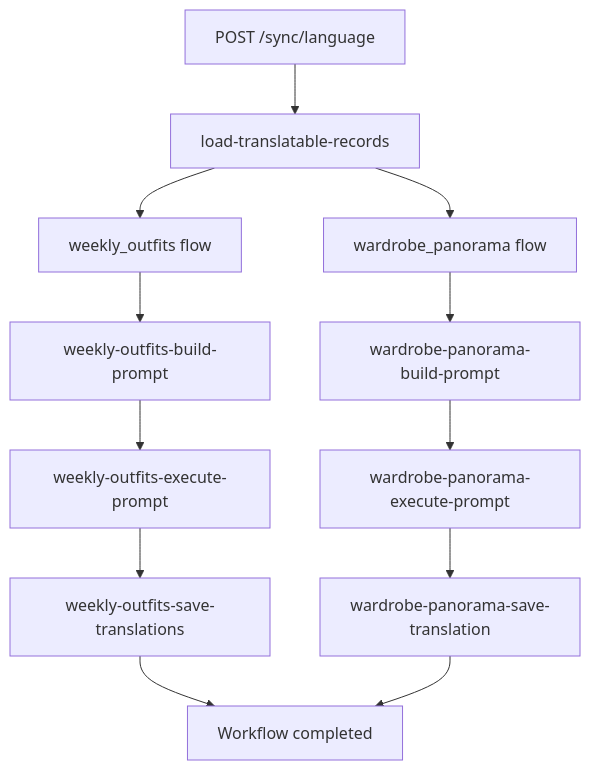
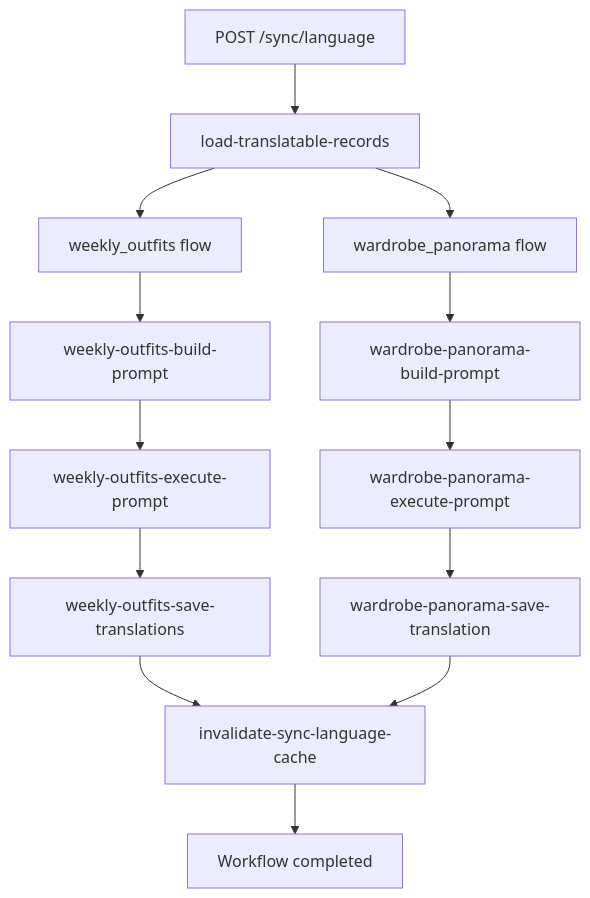
Before and after one commit to emmanuelviniciusdev/SkyDIIV--backstage: the diagram in apps/worker-sync/docs/SYNC_LANGUAGE_WORKFLOW.md, drawn with Mermaid. The commit also changed other lines of this file and 7 other files, not shown here.

Commit message:
hotfix: clears cache marker running-sync-language:${userId} (worker-sync -> sync-language)

````diff
--- a/apps/worker-sync/docs/SYNC_LANGUAGE_WORKFLOW.md
+++ b/apps/worker-sync/docs/SYNC_LANGUAGE_WORKFLOW.md
@@ -62,17 +62,19 @@
 ```mermaid
 flowchart TD
     START["POST /sync/language"] --> LOAD["load-translatable-records"]
 
     LOAD --> WO_FLOW["weekly_outfits flow"]
     WO_FLOW --> WO_BUILD["weekly-outfits-build-prompt"]
     WO_BUILD --> WO_EXEC["weekly-outfits-execute-prompt"]
     WO_EXEC --> WO_SAVE["weekly-outfits-save-translations"]
 
     LOAD --> WP_FLOW["wardrobe_panorama flow"]
     WP_FLOW --> WP_BUILD["wardrobe-panorama-build-prompt"]
     WP_BUILD --> WP_EXEC["wardrobe-panorama-execute-prompt"]
     WP_EXEC --> WP_SAVE["wardrobe-panorama-save-translation"]
 
-    WO_SAVE --> DONE["Workflow completed"]
-    WP_SAVE --> DONE
+    WO_SAVE --> INVALIDATE["invalidate-sync-language-cache"]
+    WP_SAVE --> INVALIDATE
+
+    INVALIDATE --> DONE["Workflow completed"]
 ```
````
